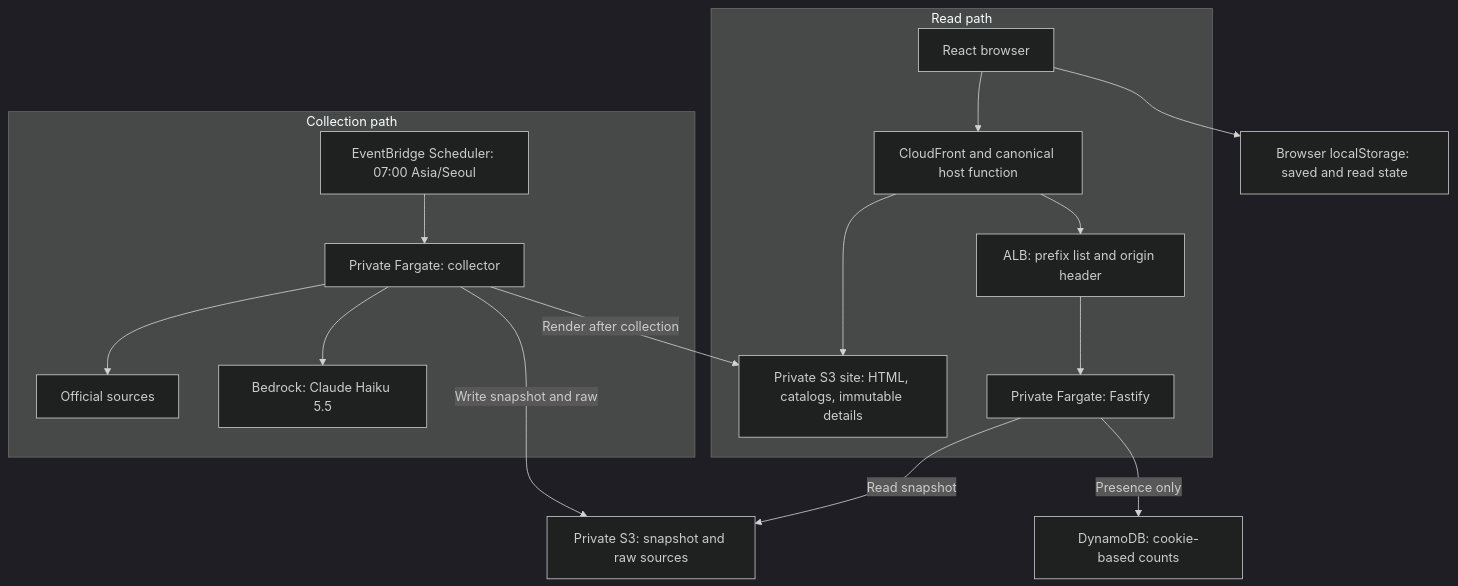
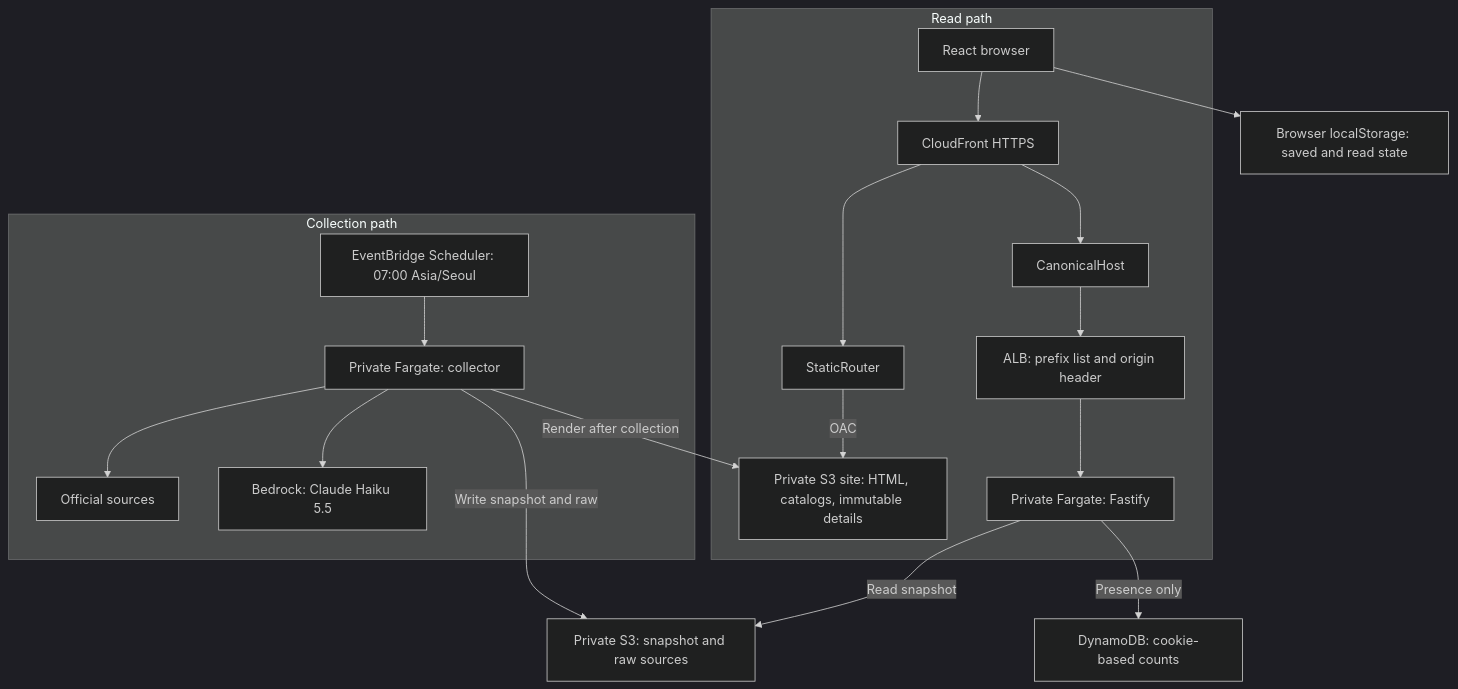
The first of 2 diagrams in docs/architecture.md (whchoi98/code-pulse), drawn with Mermaid (dark theme) before and after one commit. The commit also changed other lines of this file and 10 other files, not shown here.

````diff
--- a/docs/architecture.md
+++ b/docs/architecture.md
@@ -11,19 +11,21 @@
 ```mermaid
 flowchart TB
     subgraph Read["Read path"]
-        Browser["React browser"] --> Edge["CloudFront and canonical host function"]
-        Edge --> Site["Private S3 site: HTML, catalogs, immutable details"]
-        Edge --> ALB["ALB: prefix list and origin header"]
+        Browser["React browser"] --> Edge["CloudFront HTTPS"]
+        Edge --> Static["StaticRouter"]
+        Static -->|OAC| Site["Private S3 site: HTML, catalogs, immutable details"]
+        Edge --> Canonical["CanonicalHost"]
+        Canonical --> ALB["ALB: prefix list and origin header"]
         ALB --> Web["Private Fargate: Fastify"]
     end
     subgraph Collect["Collection path"]
         Schedule["EventBridge Scheduler: 07:00 Asia/Seoul"] --> Worker["Private Fargate: collector"]
         Worker --> Sources["Official sources"]
         Worker --> Bedrock["Bedrock: Claude Haiku 5.5"]
     end
     Web -->|Read snapshot| Data["Private S3: snapshot and raw sources"]
     Worker -->|Write snapshot and raw| Data
     Worker -->|Render after collection| Site
     Web -->|Presence only| Presence["DynamoDB: cookie-based counts"]
     Browser --> Local["Browser localStorage: saved and read state"]
 ```
````
